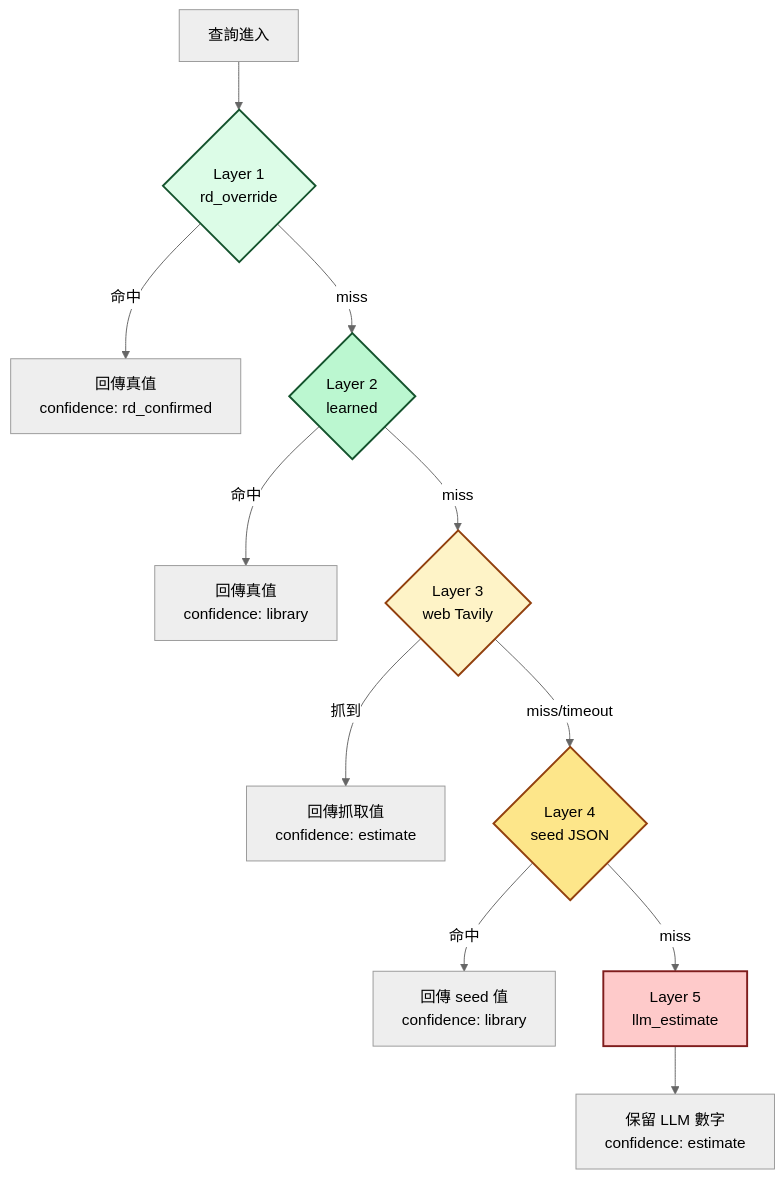
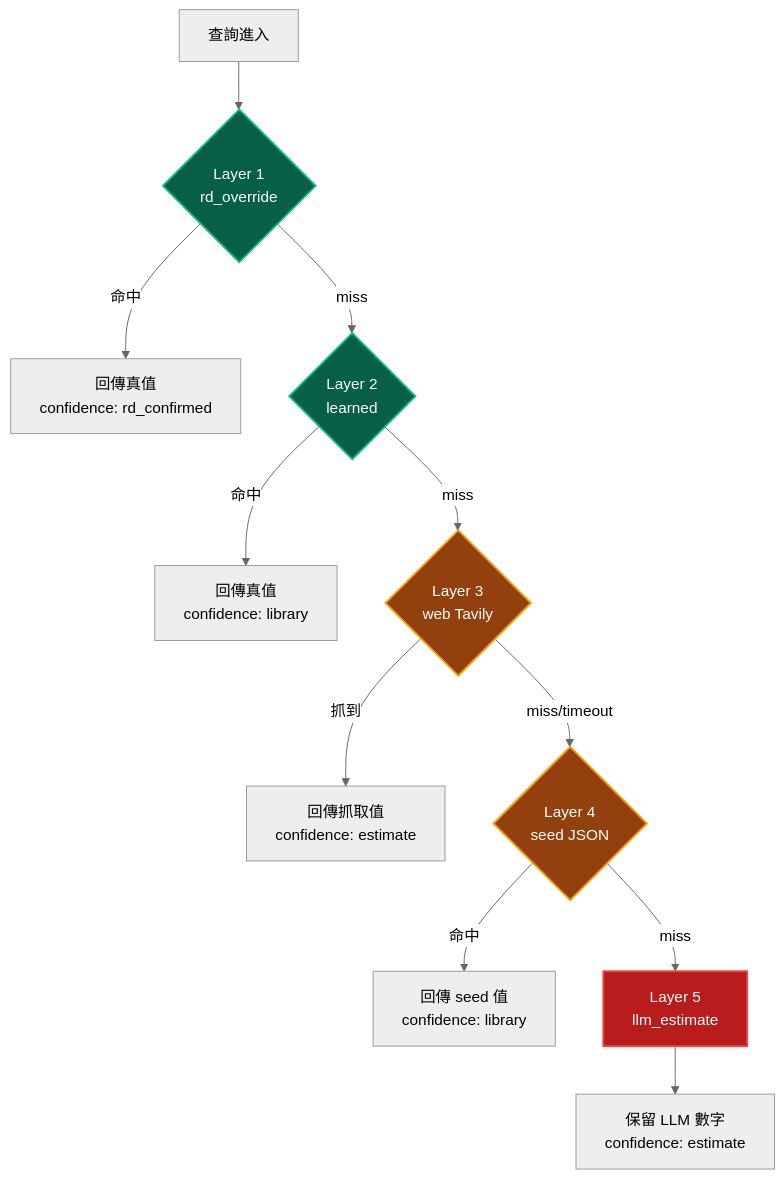
Before and after one commit to Zenobia0000/RD_copilot_system: diagram 20 of 26 in docs/01-define/diagrams/appendix-a--forward-subsystem-discovery.md, drawn with Mermaid. The commit also changed other lines of this file and 10 other files, not shown here.

First line of the commit message:
docs(diagrams): Gate 審計修復 + diagrams 缺失補齊 + Mermaid 暗色配色

````diff
--- a/docs/01-define/diagrams/appendix-a--forward-subsystem-discovery.md
+++ b/docs/01-define/diagrams/appendix-a--forward-subsystem-discovery.md
@@ -919,20 +919,20 @@
 ```mermaid
 %%{init: {'theme': 'neutral'}}%%
 flowchart TB
     Q[查詢進入] --> L1{Layer 1<br/>rd_override}
     L1 -->|命中| OUT[回傳真值<br/>confidence: rd_confirmed]
     L1 -->|miss| L2{Layer 2<br/>learned}
     L2 -->|命中| OUT2[回傳真值<br/>confidence: library]
     L2 -->|miss| L3{Layer 3<br/>web Tavily}
     L3 -->|抓到| OUT3[回傳抓取值<br/>confidence: estimate]
     L3 -->|miss/timeout| L4{Layer 4<br/>seed JSON}
     L4 -->|命中| OUT4[回傳 seed 值<br/>confidence: library]
     L4 -->|miss| L5[Layer 5<br/>llm_estimate]
     L5 --> OUT5[保留 LLM 數字<br/>confidence: estimate]
 
-    style L1 fill:#dcfce7,stroke:#14532d,stroke-width:2px,color:#000
-    style L2 fill:#bbf7d0,stroke:#14532d,stroke-width:2px,color:#000
-    style L3 fill:#fef3c7,stroke:#92400e,stroke-width:2px,color:#000
-    style L4 fill:#fde68a,stroke:#92400e,stroke-width:2px,color:#000
-    style L5 fill:#fecaca,stroke:#7f1d1d,stroke-width:2px,color:#000
+    style L1 fill:#065F46,color:#fff,stroke:#10B981,stroke-width:2px
+    style L2 fill:#065F46,color:#fff,stroke:#10B981,stroke-width:2px
+    style L3 fill:#92400E,color:#fff,stroke:#F59E0B,stroke-width:2px
+    style L4 fill:#92400E,color:#fff,stroke:#F59E0B,stroke-width:2px
+    style L5 fill:#B91C1C,color:#fff,stroke:#EF4444,stroke-width:2px
 ```
````
